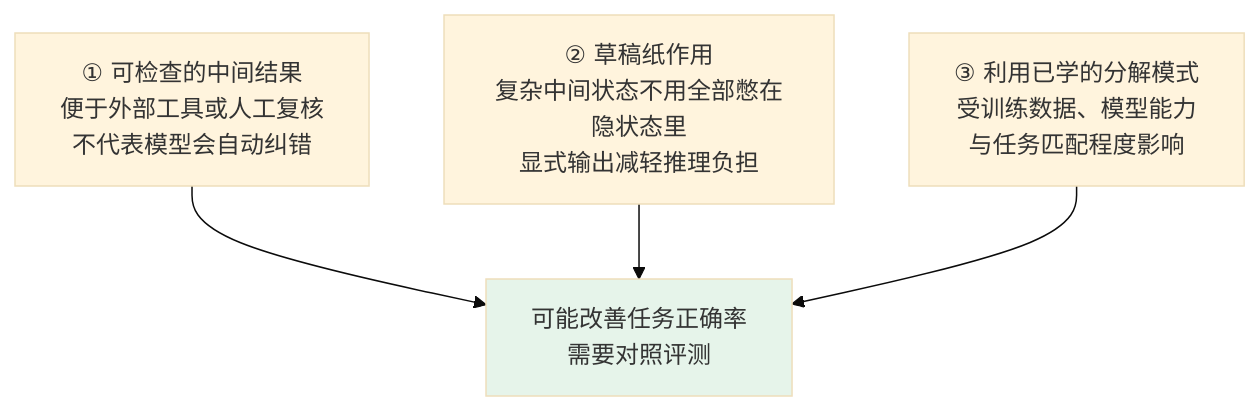
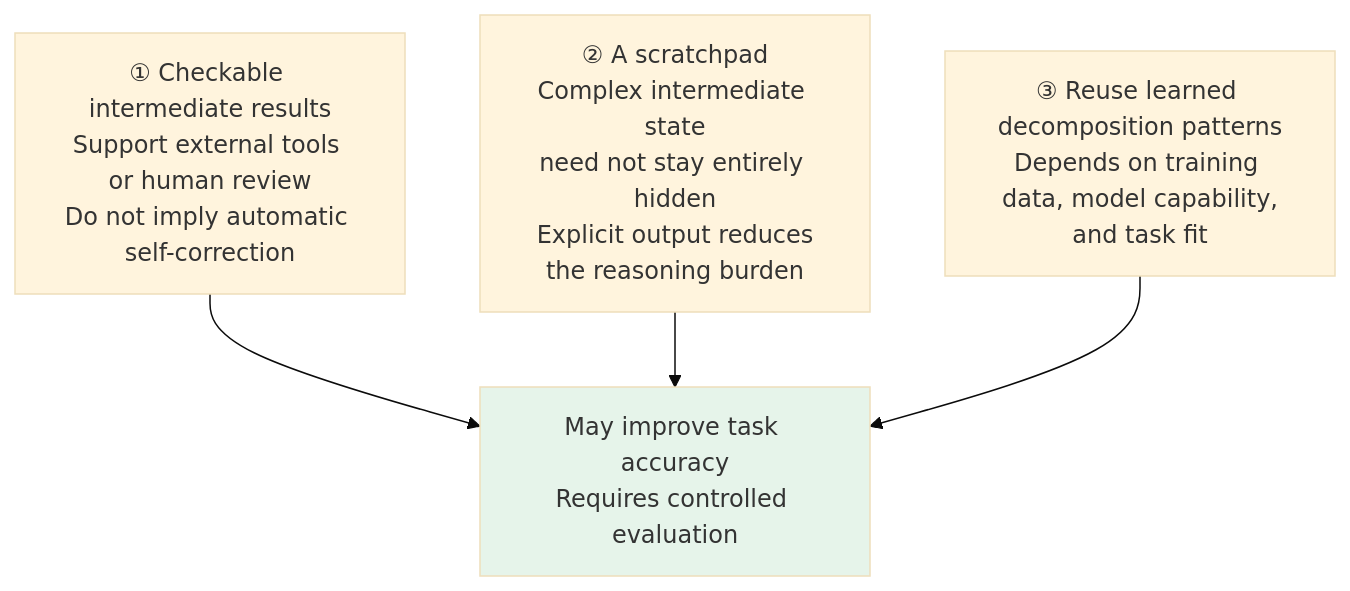
One commit to oneleaveknowsthefall/awesome-ai-roadmap changed the first of 2 diagrams in docs/llm/04-prompt-reliability/17-cot.md. Above: the diagram before and after it, drawn with Mermaid (base theme). The commit also changed other lines of this file and 92 other files, not shown here.

````diff
--- a/docs/llm/04-prompt-reliability/17-cot.md
+++ b/docs/llm/04-prompt-reliability/17-cot.md
@@ -70,11 +74,11 @@
 ```mermaid
 flowchart TB
-    A["① 可检查的中间结果<br/>便于外部工具或人工复核<br/>不代表模型会自动纠错"]
-    B["② 草稿纸作用<br/>复杂中间状态不用全部憋在隐状态里<br/>显式输出减轻推理负担"]
-    C["③ 利用已学的分解模式<br/>受训练数据、模型能力<br/>与任务匹配程度影响"]
-    A --> R["可能改善任务正确率<br/>需要对照评测"]
+    A["① Checkable intermediate results<br/>Support external tools or human review<br/>Do not imply automatic self-correction"]
+    B["② A scratchpad<br/>Complex intermediate state<br/>need not stay entirely hidden<br/>Explicit output reduces<br/>the reasoning burden"]
+    C["③ Reuse learned decomposition patterns<br/>Depends on training data, model capability,<br/>and task fit"]
+    A --> R["May improve task accuracy<br/>Requires controlled evaluation"]
     B --> R
     C --> R
 
     style R fill:#e6f4ea
 ```
````
